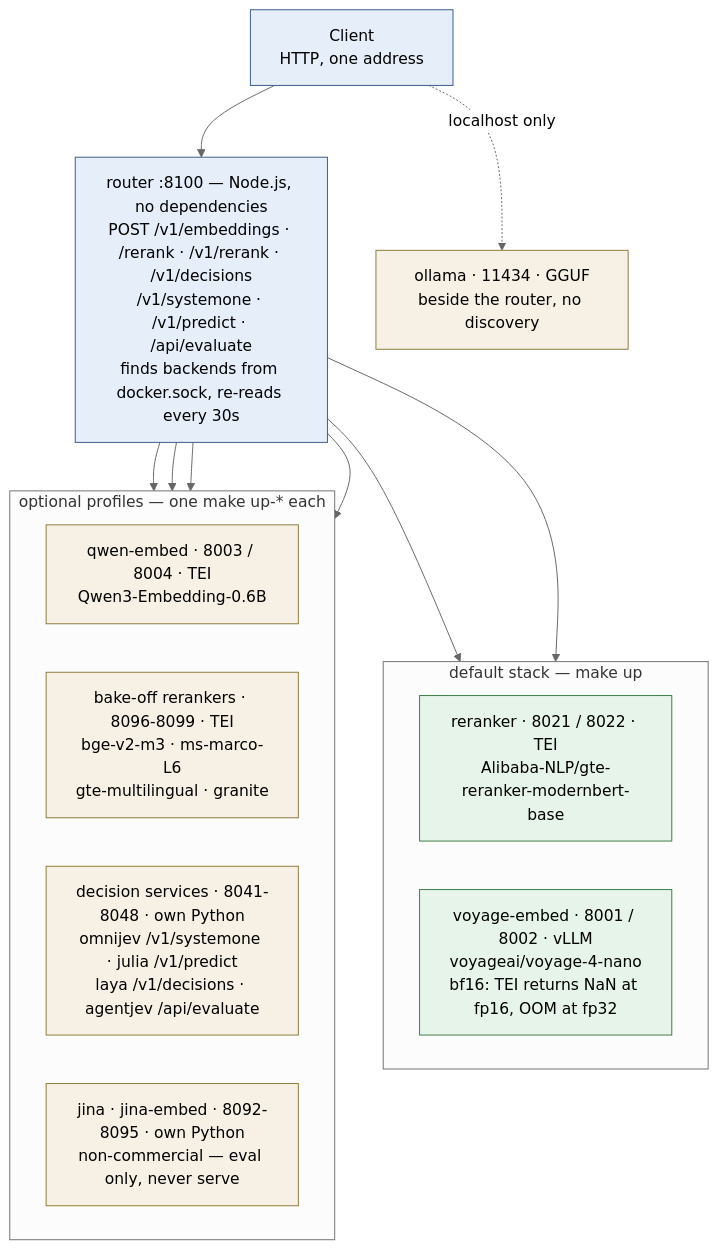
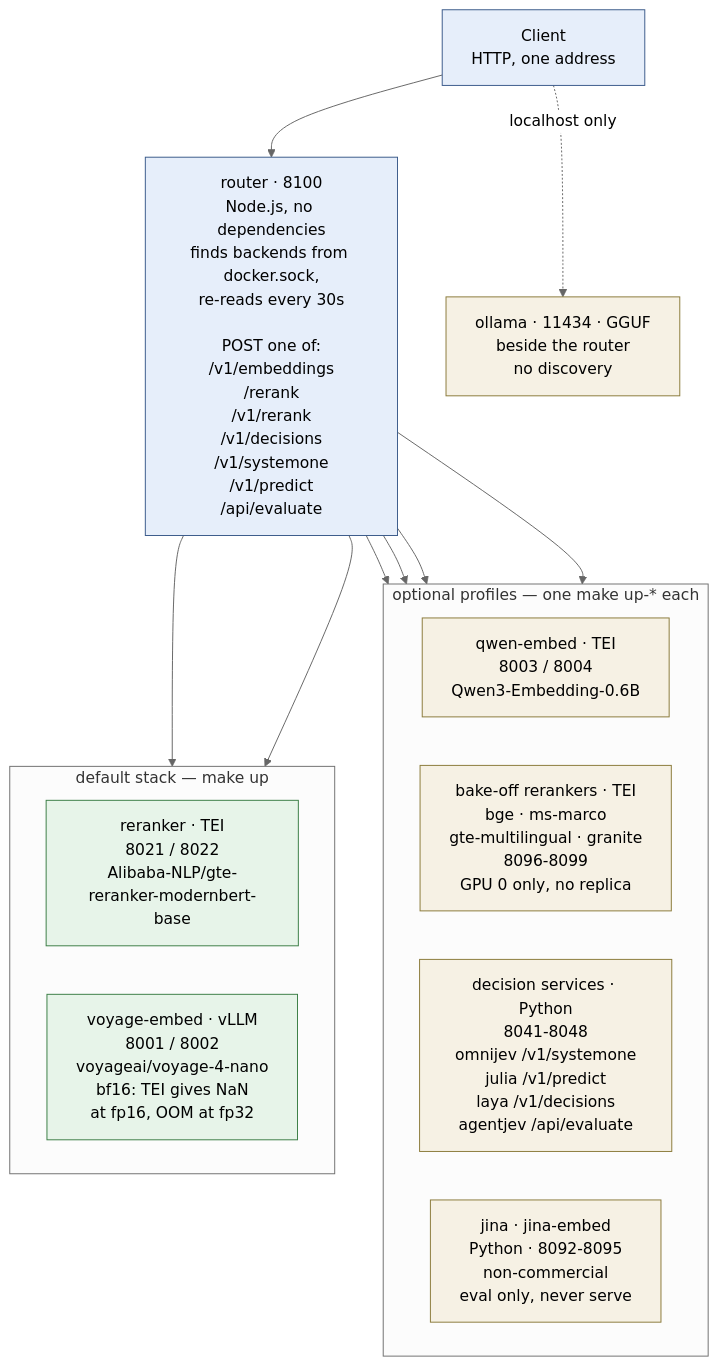
One commit to mihado/inference changed the diagram in README.md. Above: the diagram before and after it, drawn with Mermaid (neutral theme). The commit also changed other lines of this file, not shown here.

Commit message:
docs: one item per line in the stack diagram
Rendered it in a browser instead of trusting that it parsed, and the first
render was wrong in two ways.

Mermaid re-wraps a node label at the box width, so the router's endpoint list
came back as "POST /v1/embeddings · / rerank · /v1/rerank · /v1/ decisions" -
paths chopped mid-token. Same for every hyphenated port range: 8041-8048 broke
as "8041-" / "8048". One item per line makes each line short enough that there
is nothing to wrap, which is why this applies to the backend labels too and not
just the router.

Second, dagre put the optional-profiles subgraph left and the default stack
right, so the MVP read as the optional part. Reversing the edge declaration
order fixes it; the subgraph declaration order alone does not.

Trimmed the two prose lines under the diagram to the two facts it cannot
carry - the localhost bind and the router's alternation between replicas. The
bake-off GPU 0 exception and the per-service paths moved into the diagram.

Checked by rendering with mermaid 11 in headless chromium, not by parsing.
make test unchanged.

````diff
--- a/README.md
+++ b/README.md
@@ -9,38 +9,38 @@
 ```mermaid
 flowchart TB
   client["Client<br/>HTTP, one address"]
 
-  router["router :8100 — Node.js, no dependencies<br/>POST /v1/embeddings · /rerank · /v1/rerank · /v1/decisions<br/>/v1/systemone · /v1/predict · /api/evaluate<br/>finds backends from docker.sock, re-reads every 30s"]
+  router["router · 8100<br/>Node.js, no dependencies<br/>finds backends from docker.sock,<br/>re-reads every 30s<br/><br/>POST one of:<br/>/v1/embeddings<br/>/rerank<br/>/v1/rerank<br/>/v1/decisions<br/>/v1/systemone<br/>/v1/predict<br/>/api/evaluate"]
+
+  subgraph optional_profiles["optional profiles — one make up-* each"]
+    direction LR
+    qwen["qwen-embed · TEI<br/>8003 / 8004<br/>Qwen3-Embedding-0.6B"]
+    bakeoff["bake-off rerankers · TEI<br/>bge · ms-marco<br/>gte-multilingual · granite<br/>8096-8099<br/>GPU 0 only, no replica"]
+    dec["decision services · Python<br/>8041-8048<br/>omnijev /v1/systemone<br/>julia /v1/predict<br/>laya /v1/decisions<br/>agentjev /api/evaluate"]
+    jina["jina · jina-embed<br/>Python · 8092-8095<br/>non-commercial<br/>eval only, never serve"]
+  end
 
   subgraph default_stack["default stack — make up"]
     direction LR
-    reranker["reranker · 8021 / 8022 · TEI<br/>Alibaba-NLP/gte-reranker-modernbert-base"]
-    voyage["voyage-embed · 8001 / 8002 · vLLM<br/>voyageai/voyage-4-nano<br/>bf16: TEI returns NaN at fp16, OOM at fp32"]
+    reranker["reranker · TEI<br/>8021 / 8022<br/>Alibaba-NLP/gte-reranker-modernbert-base"]
+    voyage["voyage-embed · vLLM<br/>8001 / 8002<br/>voyageai/voyage-4-nano<br/>bf16: TEI gives NaN<br/>at fp16, OOM at fp32"]
   end
 
-  subgraph optional_profiles["optional profiles — one make up-* each"]
-    direction LR
-    qwen["qwen-embed · 8003 / 8004 · TEI<br/>Qwen3-Embedding-0.6B"]
-    bakeoff["bake-off rerankers · 8096-8099 · TEI<br/>bge-v2-m3 · ms-marco-L6<br/>gte-multilingual · granite"]
-    dec["decision services · 8041-8048 · own Python<br/>omnijev /v1/systemone · julia /v1/predict<br/>laya /v1/decisions · agentjev /api/evaluate"]
-    jina["jina · jina-embed · 8092-8095 · own Python<br/>non-commercial — eval only, never serve"]
-  end
+  ollama["ollama · 11434 · GGUF<br/>beside the router<br/>no discovery"]
 
-  ollama["ollama · 11434 · GGUF<br/>beside the router, no discovery"]
-
-  client --> router
-  router --> reranker
-  router --> voyage
   router --> qwen
   router --> bakeoff
   router --> dec
   router --> jina
+  router --> reranker
+  router --> voyage
+  client --> router
   client -.->|"localhost only"| ollama
 
   classDef entry fill:#e6eefa,stroke:#3a5a8a
   classDef core fill:#e7f4e9,stroke:#3a7d44
   classDef extra fill:#f6f1e4,stroke:#8a7a3a
   class client,router entry
   class reranker,voyage core
   class qwen,bakeoff,dec,jina,ollama extra
 ```
````
